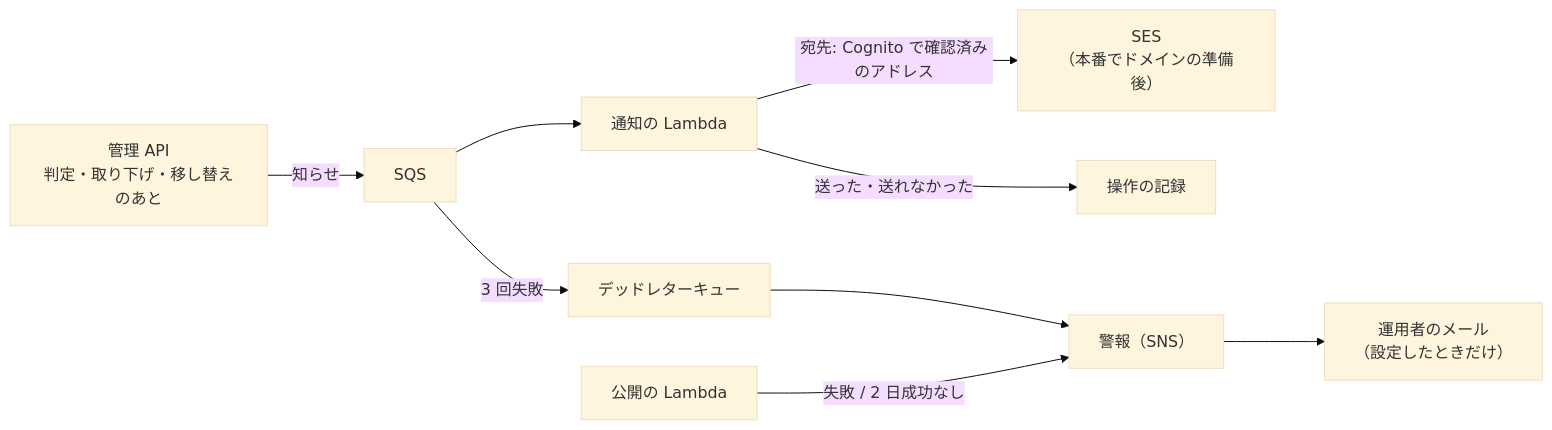
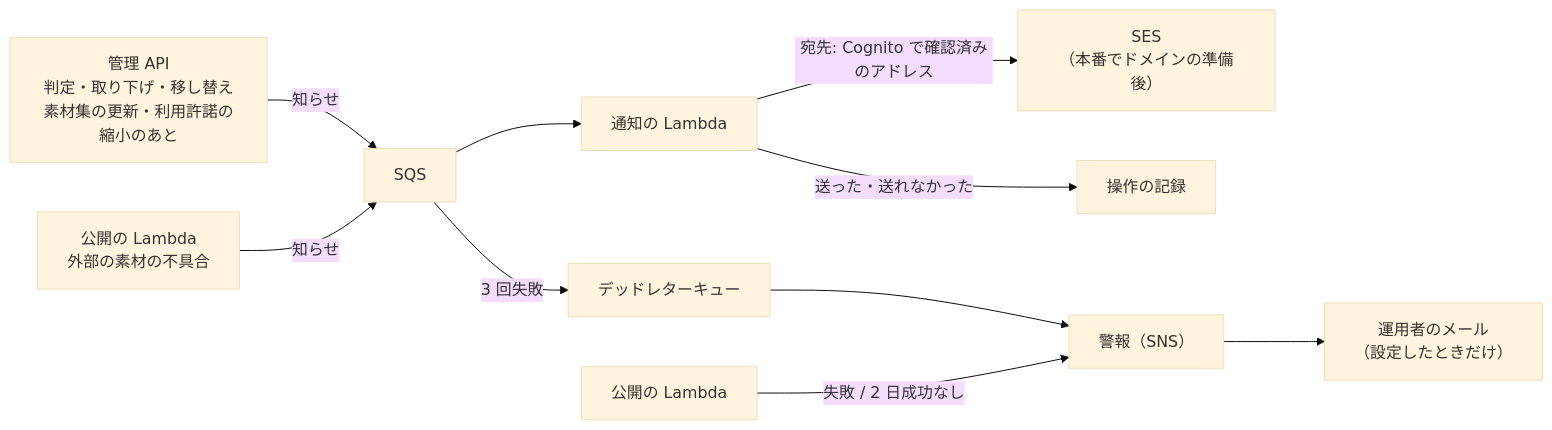
The seventh of 7 diagrams in docs/architecture.md (duwenji/michizure-console), drawn with Mermaid (base theme) before and after one commit. The commit also changed other lines of this file and 12 other files, not shown here.

````diff
--- a/docs/architecture.md
+++ b/docs/architecture.md
@@ -225,11 +235,12 @@
 ```mermaid
 flowchart LR
-  API["管理 API<br/>判定・取り下げ・移し替えのあと"] -->|知らせ| Q["SQS"]
+  API["管理 API<br/>判定・取り下げ・移し替え<br/>素材集の更新・利用許諾の縮小のあと"] -->|知らせ| Q["SQS"]
+  PF0["公開の Lambda<br/>外部の素材の不具合"] -->|知らせ| Q
   Q --> N["通知の Lambda"]
   N -->|宛先: Cognito で確認済みのアドレス| SES["SES<br/>（本番でドメインの準備後）"]
   N -->|送った・送れなかった| AUD["操作の記録"]
   Q -->|3 回失敗| DLQ["デッドレターキュー"]
   DLQ --> AL["警報（SNS）"]
   PF["公開の Lambda"] -->|失敗 / 2 日成功なし| AL
   AL --> MAIL["運用者のメール<br/>（設定したときだけ）"]
 ```
````
